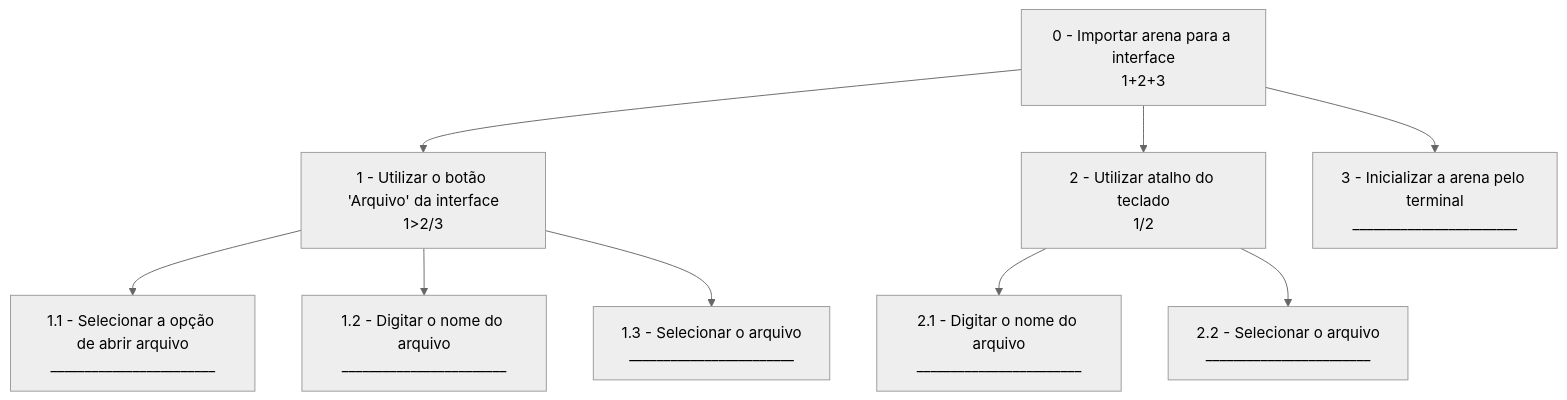
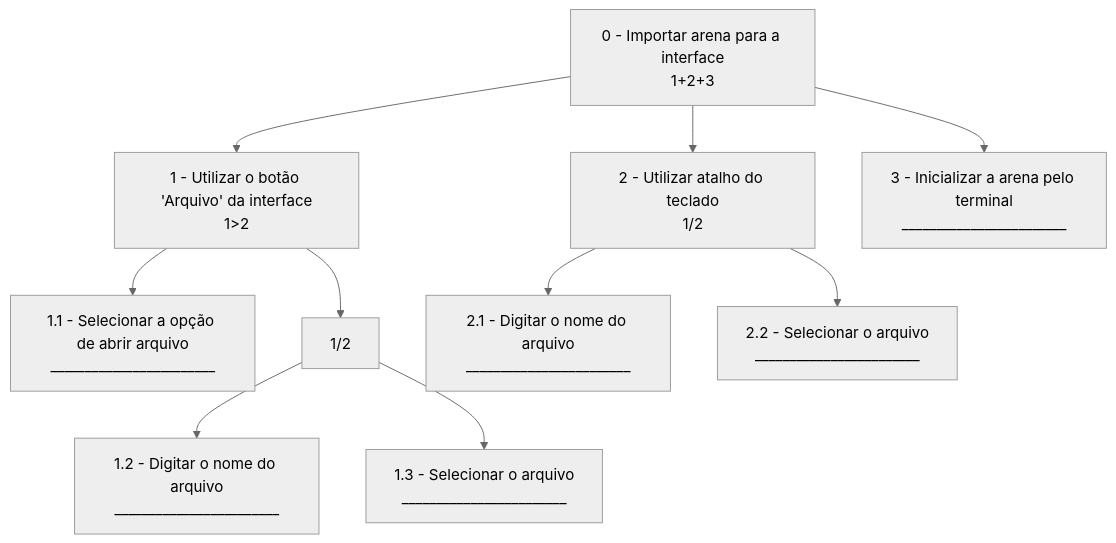
One commit to mdarce765/ProjetoIHC changed the third of 4 diagrams in Arquivos/Documentos/5_analise_tarefas.md. Above: the diagram before and after it, drawn with Mermaid (neutral theme). The commit also changed other lines of this file, not shown here.

````diff
--- a/Arquivos/Documentos/5_analise_tarefas.md
+++ b/Arquivos/Documentos/5_analise_tarefas.md
@@ -40,26 +40,28 @@
 ```mermaid
 graph TD;
     id0[0 - Importar arena para a interface<br>1+2+3]
 
-    id1[1 - Utilizar o botão 'Arquivo' da interface<br>1>2/3]
+    id1[1 - Utilizar o botão 'Arquivo' da interface<br>1>2]
     id1.1[1.1 - Selecionar a opção de abrir arquivo<br>________________________]
+    id1.1e[1/2]
     id1.2[1.2 - Digitar o nome do arquivo<br>________________________]
     id1.3[1.3 - Selecionar o arquivo<br>________________________]
 
     id2[2 - Utilizar atalho do teclado<br>1/2]
     id2.1[2.1 - Digitar o nome do arquivo<br>________________________]
     id2.2[2.2 - Selecionar o arquivo<br>________________________]
 
     id3[3 - Inicializar a arena pelo terminal<br>________________________]
 
     id0-->id1
     id0-->id2
     id0-->id3
 
     id1-->id1.1
-    id1-->id1.2
-    id1-->id1.3
+    id1-->id1.1e
+    id1.1e-->id1.2
+    id1.1e-->id1.3
 
     id2-->id2.1
     id2-->id2.2
 ```
````
